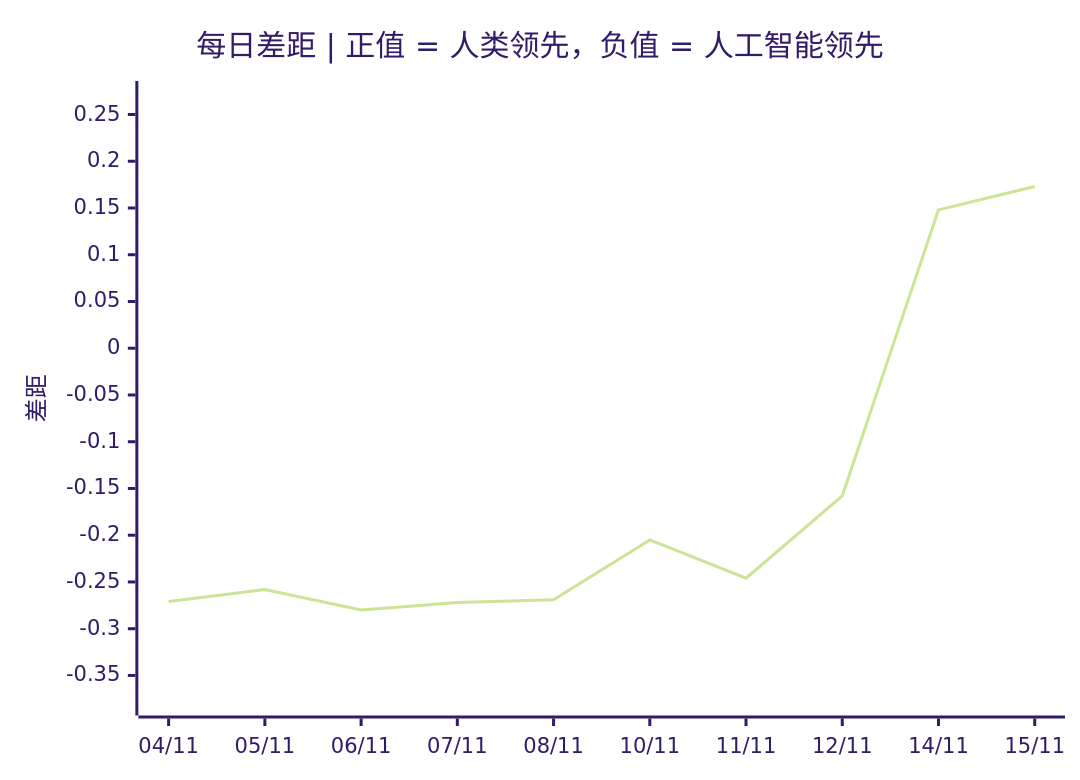
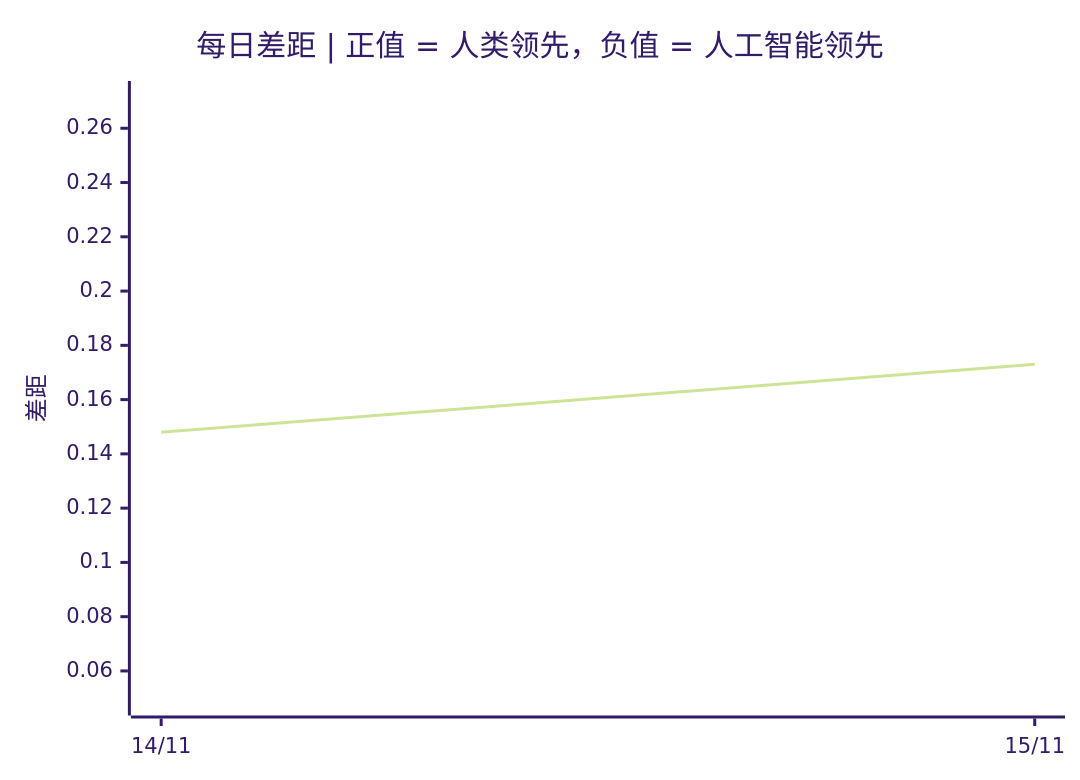
The third of 3 diagrams in README.zh.md (VQQLK/Human-AI-Monitor), drawn with Mermaid (forest theme) before and after one commit. The commit also changed other lines of this file and 2 other files, not shown here.

````diff
--- a/README.zh.md
+++ b/README.zh.md
@@ -56,7 +56,7 @@
 ```mermaid
 xychart-beta
     title "每日差距 | 正值 = 人类领先，负值 = 人工智能领先"
-    x-axis ["04/11", "05/11", "06/11", "07/11", "08/11", "10/11", "11/11", "12/11", "14/11", "15/11"]
-    y-axis "差距" -0.380 --> 0.273
-    line [-0.271, -0.258, -0.280, -0.272, -0.269, -0.205, -0.246, -0.158, 0.148, 0.173]
+    x-axis ["14/11", "15/11"]
+    y-axis "差距" 0.048 --> 0.273
+    line [0.148, 0.173]
 ```
````
